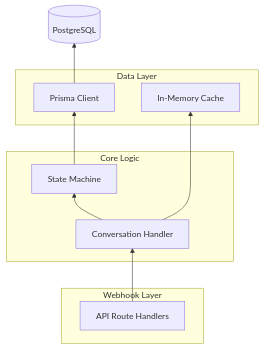
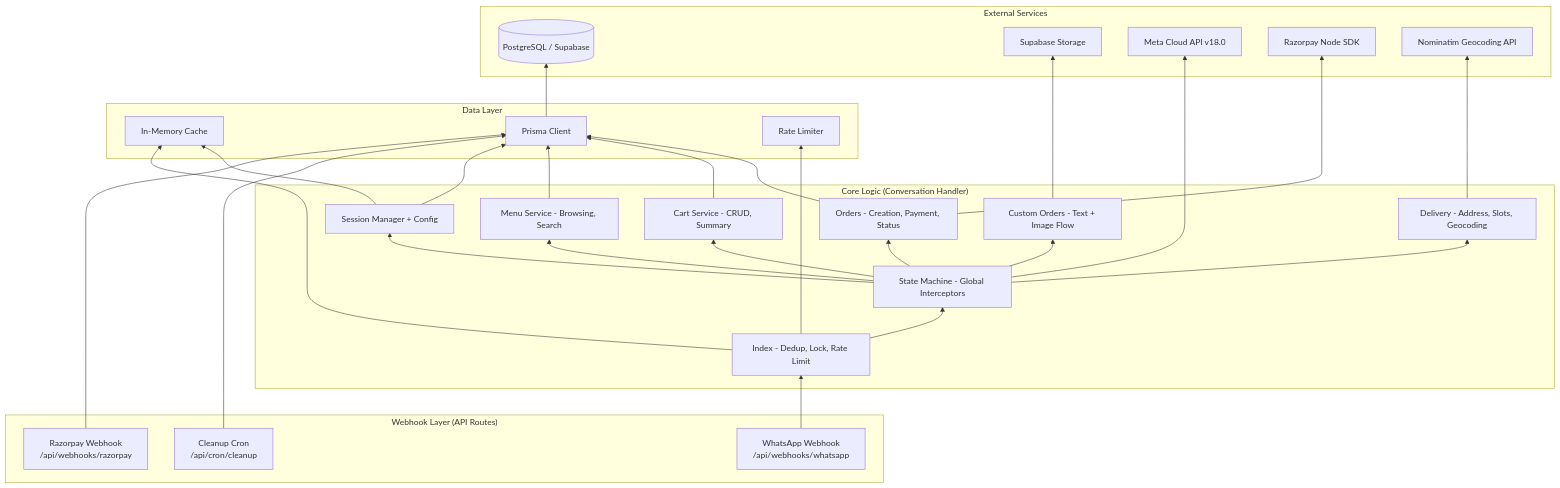
Before and after one commit to SoumyaAmminabhavi/Sonnas: the eighth of 10 diagrams in docs/whatsapp-bot/uml-comprehensive.md, drawn with Mermaid. The commit also changed other lines of this file and 3 other files, not shown here.

````diff
--- a/docs/whatsapp-bot/uml-comprehensive.md
+++ b/docs/whatsapp-bot/uml-comprehensive.md
@@ -199,22 +451,60 @@
 ```mermaid
 graph BT
-    subgraph Webhook Layer
-        API[API Route Handlers]
+    subgraph "Webhook Layer (API Routes)"
+        WA_API["WhatsApp Webhook<br/>/api/webhooks/whatsapp"]
+        RZP_API["Razorpay Webhook<br/>/api/webhooks/razorpay"]
+        CRON_API["Cleanup Cron<br/>/api/cron/cleanup"]
     end
     
-    subgraph Core Logic
-        Handler[Conversation Handler]
-        SM[State Machine]
+    subgraph "Core Logic (Conversation Handler)"
+        IDX[Index - Dedup, Lock, Rate Limit]
+        SM[State Machine - Global Interceptors]
+        MENU[Menu Service - Browsing, Search]
+        CART[Cart Service - CRUD, Summary]
+        DELIVERY[Delivery - Address, Slots, Geocoding]
+        ORDERS[Orders - Creation, Payment, Status]
+        CUSTOM[Custom Orders - Text + Image Flow]
+        SESSION[Session Manager + Config]
     end
     
-    subgraph Data Layer
-        Prisma[Prisma Client]
-        Cache[In-Memory Cache]
+    subgraph "Data Layer"
+        CACHE[In-Memory Cache]
+        PRISMA[Prisma Client]
+        RATE[Rate Limiter]
     end
     
-    API --> Handler
-    Handler --> SM
-    Handler --> Cache
-    SM --> Prisma
-    Prisma --> DB[(PostgreSQL)]
+    subgraph "External Services"
+        DB[(PostgreSQL / Supabase)]
+        STORAGE[Supabase Storage]
+        META_API[Meta Cloud API v18.0]
+        RZP_SDK[Razorpay Node SDK]
+        NOM[Nominatim Geocoding API]
+    end
+    
+    WA_API --> IDX
+    RZP_API --> PRISMA
+    CRON_API --> PRISMA
+    
+    IDX --> CACHE
+    IDX --> RATE
+    IDX --> SM
+    
+    SM --> MENU
+    SM --> CART
+    SM --> DELIVERY
+    SM --> ORDERS
+    SM --> CUSTOM
+    SM --> SESSION
+    
+    SESSION --> PRISMA
+    SESSION --> CACHE
+    MENU --> PRISMA
+    CART --> PRISMA
+    ORDERS --> PRISMA
+    ORDERS --> RZP_SDK
+    CUSTOM --> STORAGE
+    DELIVERY --> NOM
+    
+    PRISMA --> DB
+    SM --> META_API
 ```
````
